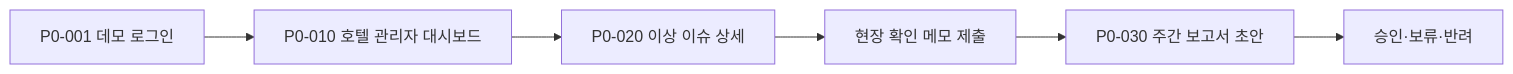
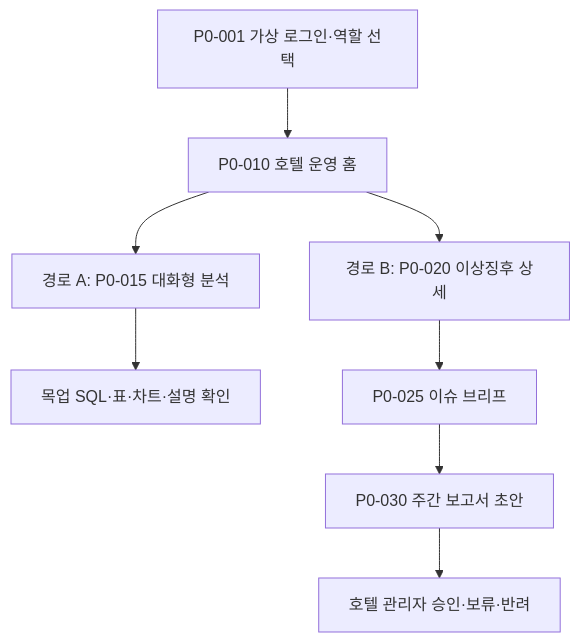
One commit to hijun318-eng/skn29_final_3team changed the first of 6 diagrams in docs/markdown/05_화면설계서_초안.md. Above: the diagram before and after it, drawn with Mermaid. The commit also changed other lines of this file and 3 other files, not shown here.

````diff
--- a/docs/markdown/05_화면설계서_초안.md
+++ b/docs/markdown/05_화면설계서_초안.md
@@ -80,8 +83,10 @@
 ```mermaid
-flowchart LR
-    A["P0-001 데모 로그인"] --> B["P0-010 호텔 관리자 대시보드"]
-    B --> C["P0-020 이상 이슈 상세"]
-    C --> D["현장 확인 메모 제출"]
-    D --> E["P0-030 주간 보고서 초안"]
-    E --> F["승인·보류·반려"]
+flowchart TB
+    A["P0-001 가상 로그인·역할 선택"] --> B["P0-010 호텔 운영 홈"]
+    B --> C["경로 A: P0-015 대화형 분석"]
+    C --> D["목업 SQL·표·차트·설명 확인"]
+    B --> E["경로 B: P0-020 이상징후 상세"]
+    E --> F["P0-025 이슈 브리프"]
+    F --> G["P0-030 주간 보고서 초안"]
+    G --> H["호텔 관리자 승인·보류·반려"]
 ```
````
